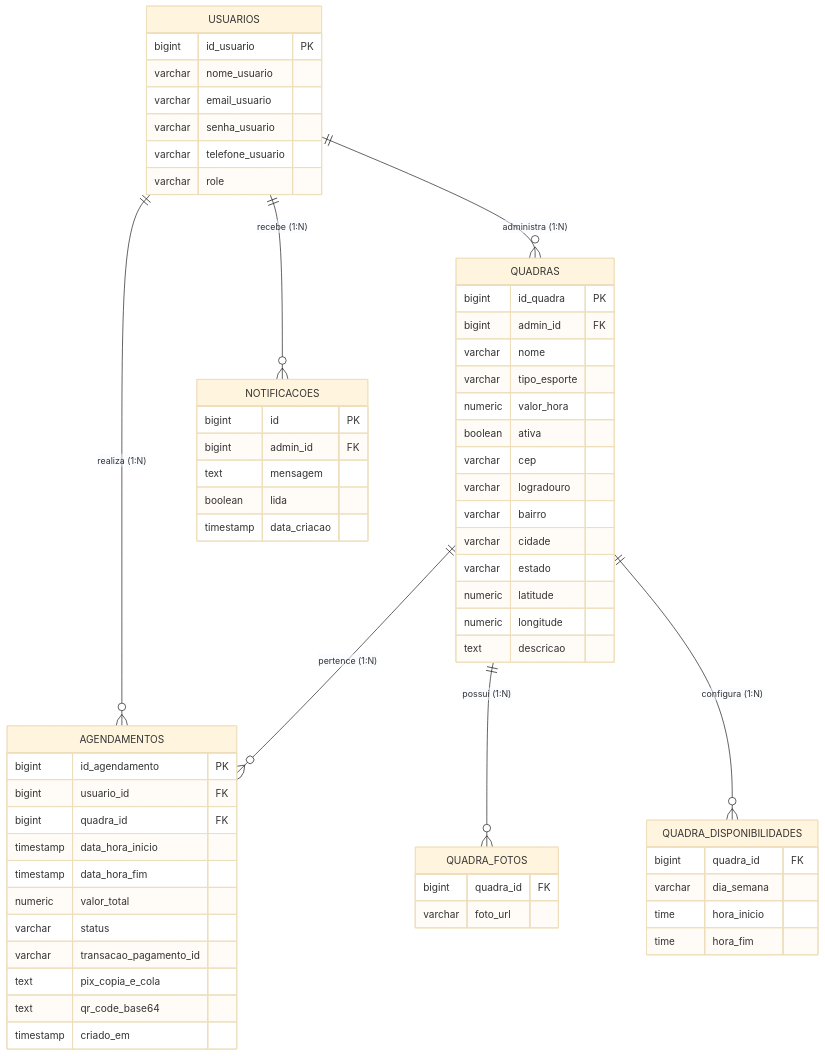
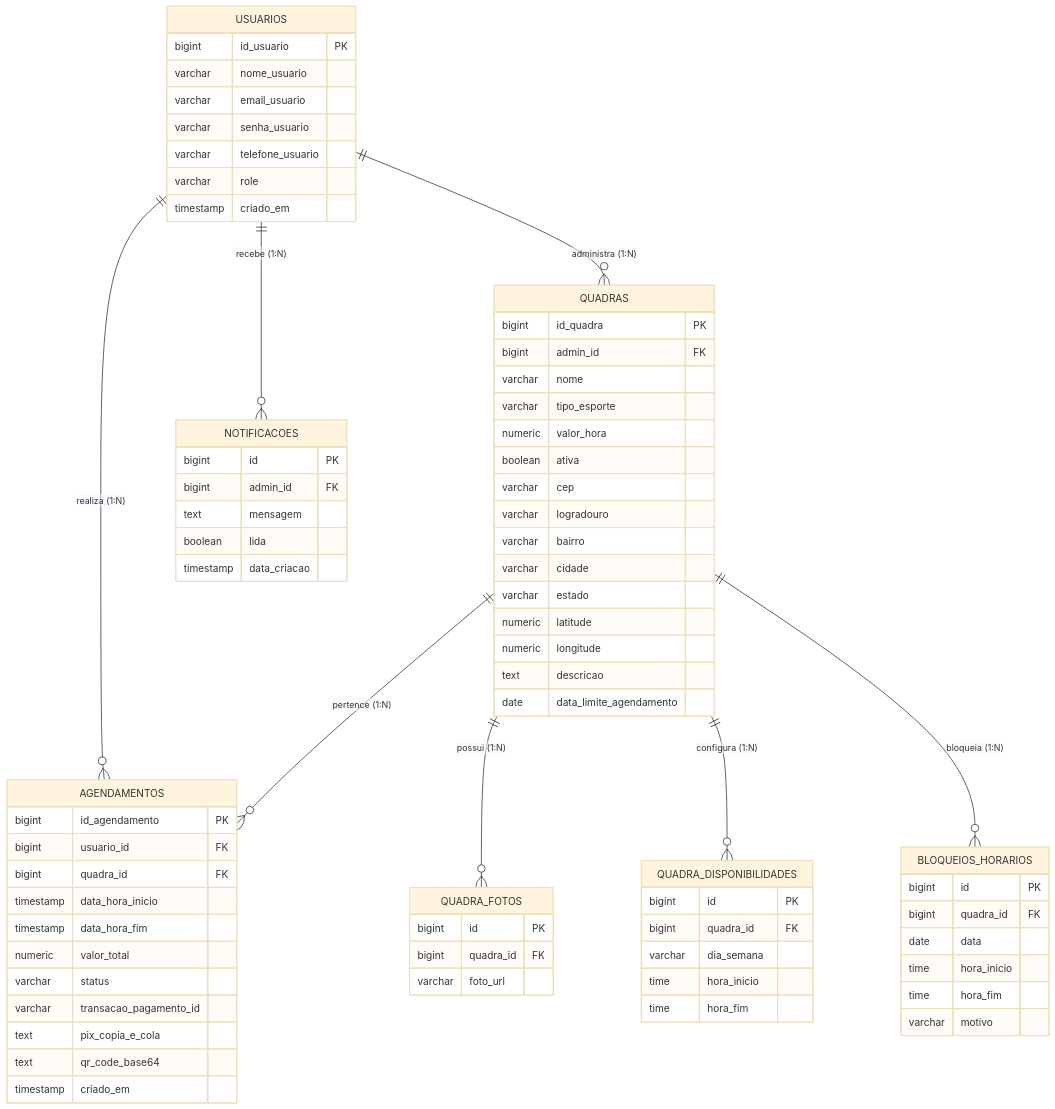
One commit to GuilhermeAizzaSano/eQuadras changed the diagram in README.md. Above: the diagram before and after it, drawn with Mermaid (base theme). The commit also changed other lines of this file and 18 other files, not shown here.

```diff
--- a/README.md
+++ b/README.md
@@ -110,10 +188,11 @@
 erDiagram
     USUARIOS ||--o{ QUADRAS : "administra (1:N)"
     USUARIOS ||--o{ AGENDAMENTOS : "realiza (1:N)"
+    USUARIOS ||--o{ NOTIFICACOES : "recebe (1:N)"
     QUADRAS ||--o{ AGENDAMENTOS : "pertence (1:N)"
     QUADRAS ||--o{ QUADRA_FOTOS : "possui (1:N)"
     QUADRAS ||--o{ QUADRA_DISPONIBILIDADES : "configura (1:N)"
-    USUARIOS ||--o{ NOTIFICACOES : "recebe (1:N)"
+    QUADRAS ||--o{ BLOQUEIOS_HORARIOS : "bloqueia (1:N)"
 
     USUARIOS {
         bigint id_usuario PK
@@ -122,6 +201,7 @@
         varchar senha_usuario
         varchar telefone_usuario
         varchar role
+        timestamp criado_em
     }
 
     QUADRAS {
@@ -139,18 +219,30 @@
         numeric latitude
         numeric longitude
         text descricao
+        date data_limite_agendamento
     }
 
     QUADRA_FOTOS {
+        bigint id PK
         bigint quadra_id FK
         varchar foto_url
     }
 
     QUADRA_DISPONIBILIDADES {
+        bigint id PK
         bigint quadra_id FK
         varchar dia_semana
         time hora_inicio
         time hora_fim
+    }
+
+    BLOQUEIOS_HORARIOS {
+        bigint id PK
+        bigint quadra_id FK
+        date data
+        time hora_inicio
+        time hora_fim
+        varchar motivo
     }
 
     AGENDAMENTOS {
```
